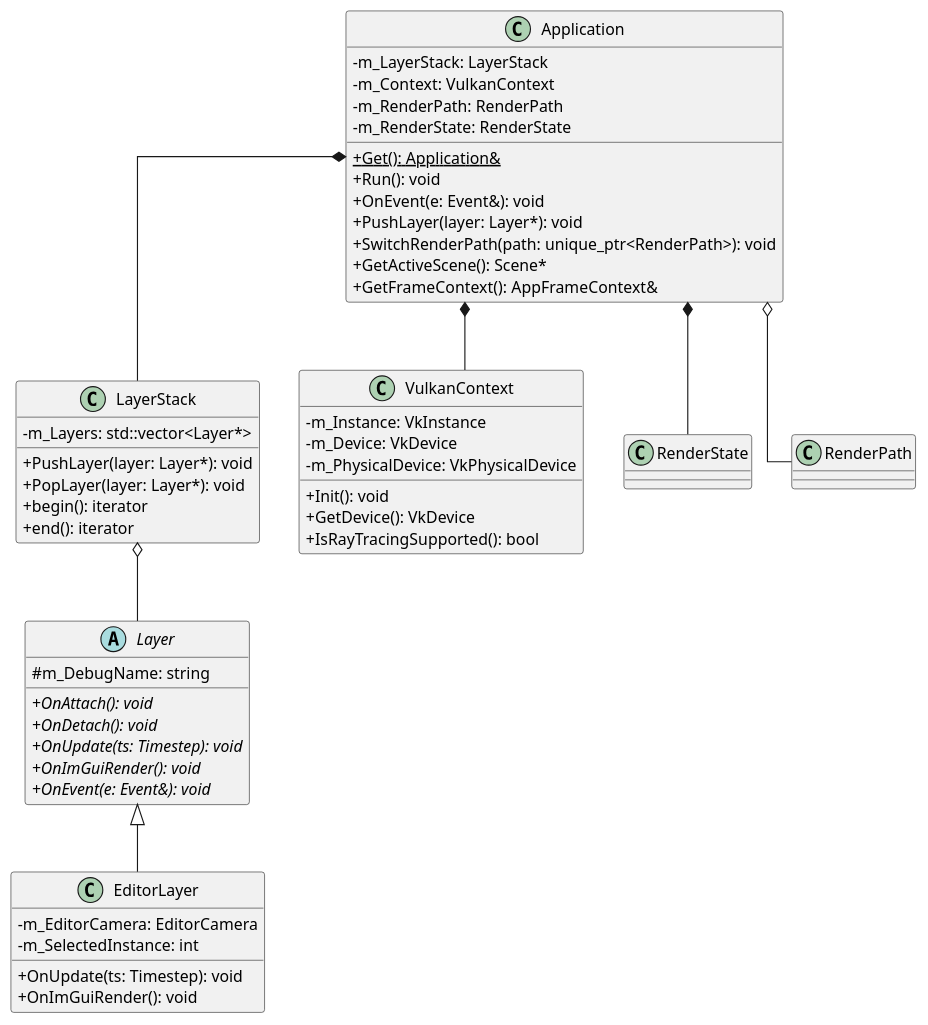
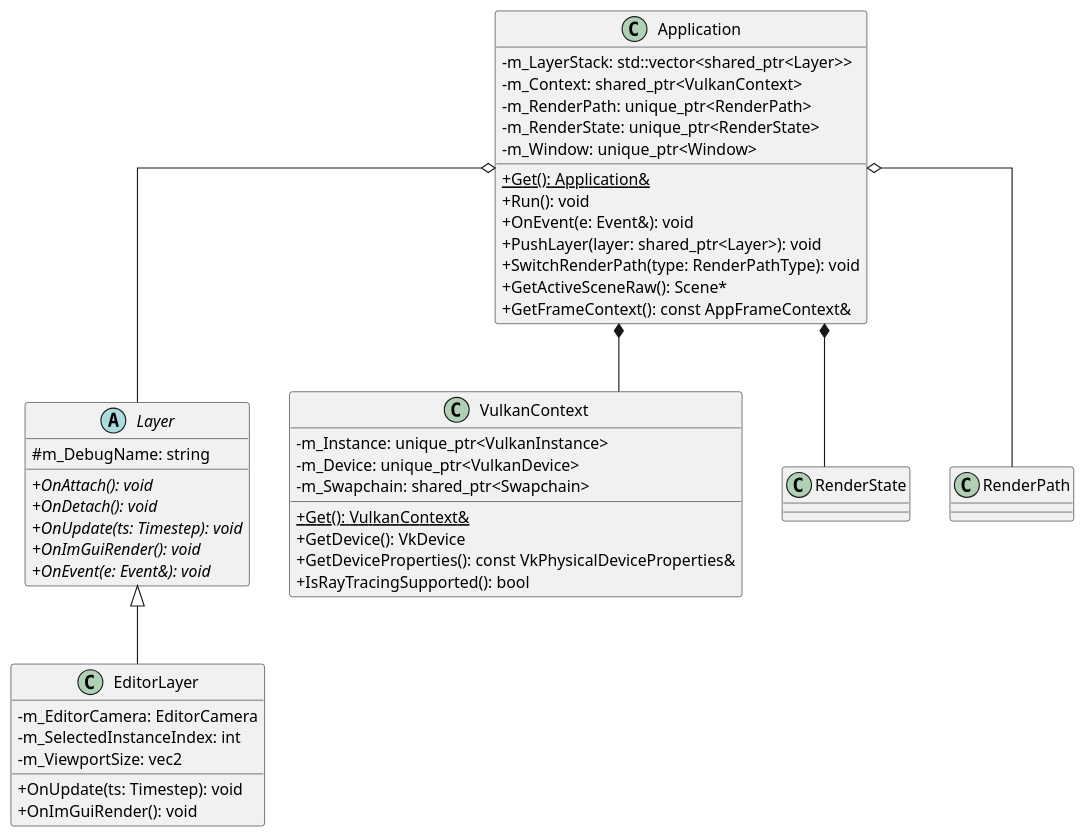
The fourth of 17 diagrams in RenderGraph_Architecture_Diagrams.md (CadenXc/HybridRenderer), drawn with PlantUML before and after one commit. The commit also changed other lines of this file and 3 other files, not shown here.

````diff
--- a/RenderGraph_Architecture_Diagrams.md
+++ b/RenderGraph_Architecture_Diagrams.md
@@ -99,61 +92,55 @@
 ```plantuml
 @startuml
 skinparam classAttributeIconSize 0
 skinparam linetype ortho
 
 class Application {
-    - m_LayerStack: LayerStack
-    - m_Context: VulkanContext
-    - m_RenderPath: RenderPath
-    - m_RenderState: RenderState
+    - m_LayerStack: std::vector<shared_ptr<Layer>>
+    - m_Context: shared_ptr<VulkanContext>
+    - m_RenderPath: unique_ptr<RenderPath>
+    - m_RenderState: unique_ptr<RenderState>
+    - m_Window: unique_ptr<Window>
     + {static} Get(): Application&
     + Run(): void
     + OnEvent(e: Event&): void
-    + PushLayer(layer: Layer*): void
-    + SwitchRenderPath(path: unique_ptr<RenderPath>): void
-    + GetActiveScene(): Scene*
-    + GetFrameContext(): AppFrameContext&
-}
-
-class LayerStack {
-    - m_Layers: std::vector<Layer*>
-    + PushLayer(layer: Layer*): void
-    + PopLayer(layer: Layer*): void
-    + begin(): iterator
-    + end(): iterator
+    + PushLayer(layer: shared_ptr<Layer>): void
+    + SwitchRenderPath(type: RenderPathType): void
+    + GetActiveSceneRaw(): Scene*
+    + GetFrameContext(): const AppFrameContext&
 }
 
 abstract class Layer {
     # m_DebugName: string
     + {abstract} OnAttach(): void
     + {abstract} OnDetach(): void
     + {abstract} OnUpdate(ts: Timestep): void
     + {abstract} OnImGuiRender(): void
     + {abstract} OnEvent(e: Event&): void
 }
 
 class EditorLayer {
     - m_EditorCamera: EditorCamera
-    - m_SelectedInstance: int
+    - m_SelectedInstanceIndex: int
+    - m_ViewportSize: vec2
     + OnUpdate(ts: Timestep): void
     + OnImGuiRender(): void
 }
 
 class VulkanContext {
-    - m_Instance: VkInstance
-    - m_Device: VkDevice
-    - m_PhysicalDevice: VkPhysicalDevice
-    + Init(): void
+    - m_Instance: unique_ptr<VulkanInstance>
+    - m_Device: unique_ptr<VulkanDevice>
+    - m_Swapchain: shared_ptr<Swapchain>
+    + {static} Get(): VulkanContext&
     + GetDevice(): VkDevice
+    + GetDeviceProperties(): const VkPhysicalDeviceProperties&
     + IsRayTracingSupported(): bool
 }
 
 ' Relationships
-Application *-- LayerStack
+Application o-- Layer
 Application *-- VulkanContext
 Application *-- RenderState
 Application o-- RenderPath
-LayerStack o-- Layer
 Layer <|-- EditorLayer
 @enduml
 ```
````
